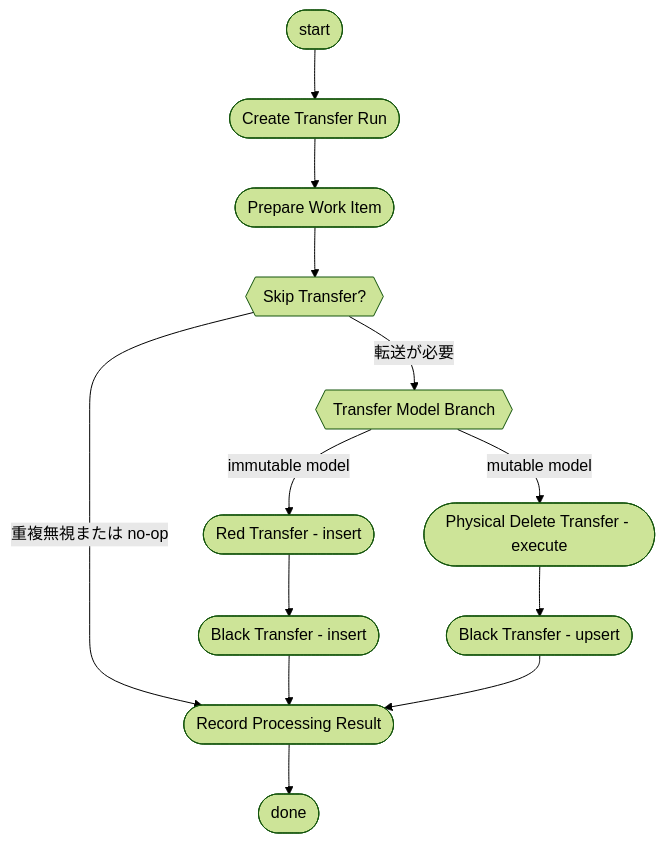
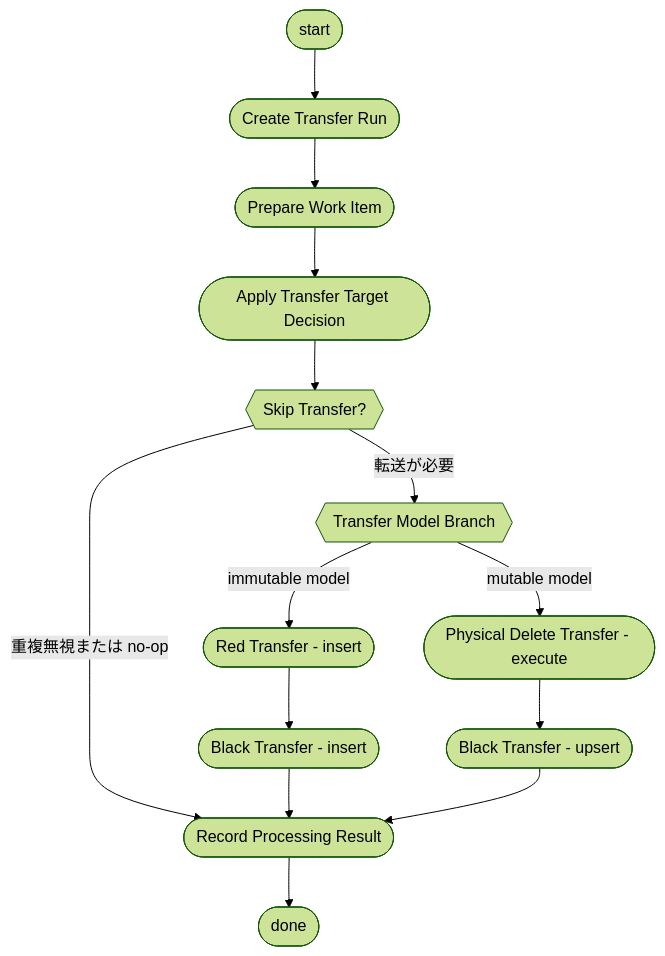
The second of 10 diagrams in packages/transfer/docs/processes/transfer-execution-process.md (mk3008/rawsql-ts), drawn with Mermaid (forest theme) before and after one commit. The commit also changed other lines of this file and 63 other files, not shown here.

````diff
--- a/packages/transfer/docs/processes/transfer-execution-process.md
+++ b/packages/transfer/docs/processes/transfer-execution-process.md
@@ -30,27 +30,29 @@
 ```mermaid
 flowchart TD
   Start(["start"])
   CreateRun(["Create Transfer Run"])
   PrepareWorkItem(["Prepare Work Item"])
+  ApplyDecision(["Apply Transfer Target Decision"])
   SkipTransfer{{"Skip Transfer?"}}
   TransferModelBranch{{"Transfer Model Branch"}}
   RedTransfer(["Red Transfer - insert"])
   BlackTransferInsert(["Black Transfer - insert"])
   PhysicalDeleteTransfer(["Physical Delete Transfer - execute"])
   BlackTransferUpsert(["Black Transfer - upsert"])
   RecordResult(["Record Processing Result"])
   Done(["done"])
 
   Start --> CreateRun
   CreateRun --> PrepareWorkItem
-  PrepareWorkItem --> SkipTransfer
+  PrepareWorkItem --> ApplyDecision
+  ApplyDecision --> SkipTransfer
   SkipTransfer -->|"重複無視または no-op"| RecordResult
   SkipTransfer -->|"転送が必要"| TransferModelBranch
   TransferModelBranch -->|"immutable model"| RedTransfer
   RedTransfer --> BlackTransferInsert
   BlackTransferInsert --> RecordResult
   TransferModelBranch -->|"mutable model"| PhysicalDeleteTransfer
   PhysicalDeleteTransfer --> BlackTransferUpsert
   BlackTransferUpsert --> RecordResult
   RecordResult --> Done
 ```
````
